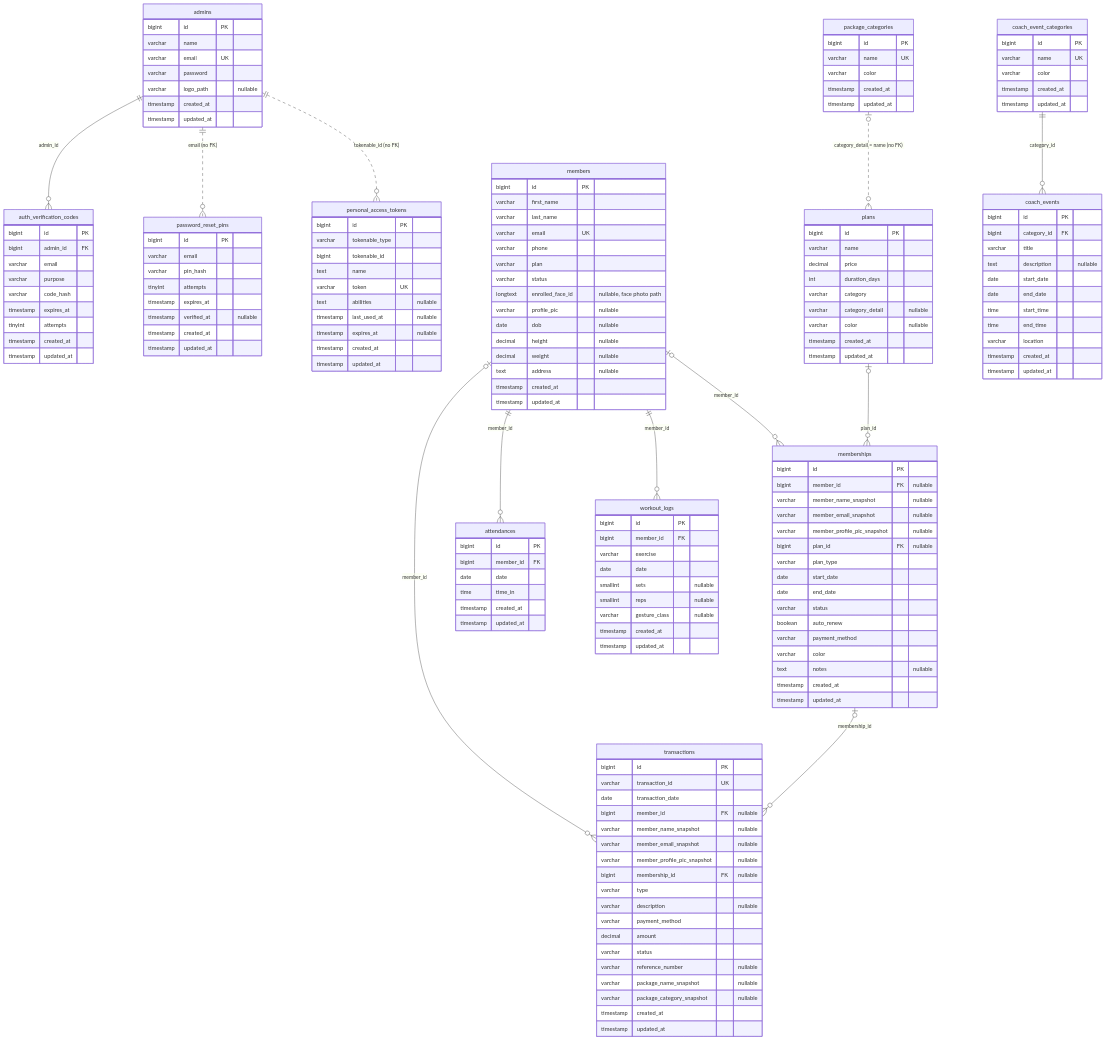
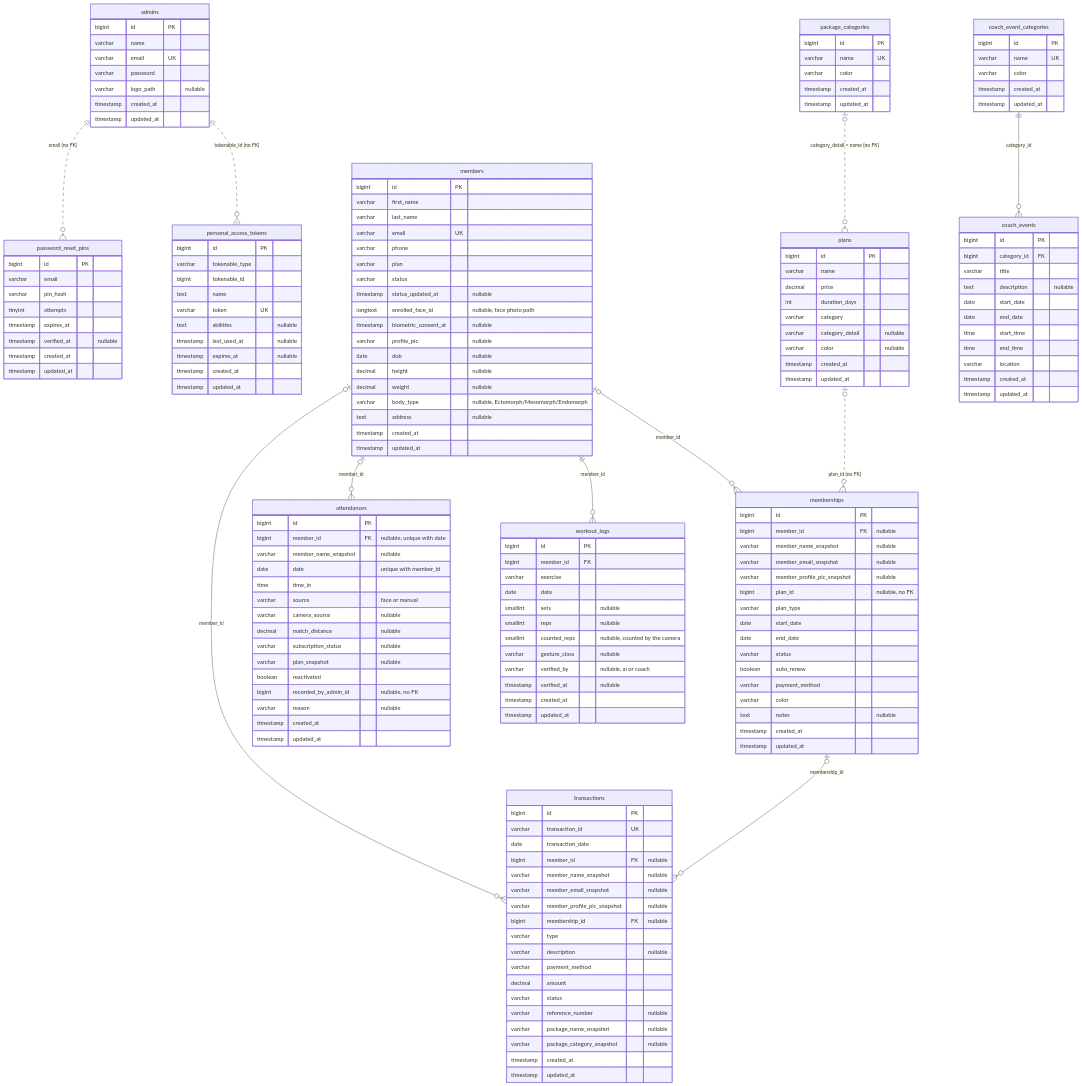
One commit to Plonteras191/GYM2-CAPSTONE changed the third of 6 diagrams in DOCUMENTATION/Product Requirements Documents/Architecture/Architecture.md. Above: the diagram before and after it, drawn with Mermaid. The commit also changed other lines of this file and 3 other files, not shown here.

First line of the commit message:
docs(prd): update architecture, database, system diagrams and user technical documentation to v2.0

````diff
--- a/DOCUMENTATION/Product Requirements Documents/Architecture/Architecture.md
+++ b/DOCUMENTATION/Product Requirements Documents/Architecture/Architecture.md
@@ -183,17 +188,6 @@
         varchar email UK
         varchar password
         varchar logo_path "nullable"
-        timestamp created_at
-        timestamp updated_at
-    }
-    auth_verification_codes {
-        bigint id PK
-        bigint admin_id FK
-        varchar email
-        varchar purpose
-        varchar code_hash
-        timestamp expires_at
-        tinyint attempts
         timestamp created_at
         timestamp updated_at
     }
@@ -227,11 +221,14 @@
         varchar phone
         varchar plan
         varchar status
+        timestamp status_updated_at "nullable"
         longtext enrolled_face_id "nullable, face photo path"
+        timestamp biometric_consent_at "nullable"
         varchar profile_pic "nullable"
         date dob "nullable"
         decimal height "nullable"
         decimal weight "nullable"
+        varchar body_type "nullable, Ectomorph/Mesomorph/Endomorph"
         text address "nullable"
         timestamp created_at
         timestamp updated_at
@@ -260,7 +257,7 @@
         varchar member_name_snapshot "nullable"
         varchar member_email_snapshot "nullable"
         varchar member_profile_pic_snapshot "nullable"
-        bigint plan_id FK "nullable"
+        bigint plan_id "nullable, no FK"
         varchar plan_type
         date start_date
         date end_date
@@ -294,9 +291,18 @@
     }
     attendances {
         bigint id PK
-        bigint member_id FK
-        date date
+        bigint member_id FK "nullable, unique with date"
+        varchar member_name_snapshot "nullable"
+        date date "unique with member_id"
         time time_in
+        varchar source "face or manual"
+        varchar camera_source "nullable"
+        decimal match_distance "nullable"
+        varchar subscription_status "nullable"
+        varchar plan_snapshot "nullable"
+        boolean reactivated
+        bigint recorded_by_admin_id "nullable, no FK"
+        varchar reason "nullable"
         timestamp created_at
         timestamp updated_at
     }
@@ -307,7 +313,10 @@
         date date
         smallint sets "nullable"
         smallint reps "nullable"
+        smallint counted_reps "nullable, counted by the camera"
         varchar gesture_class "nullable"
+        varchar verified_by "nullable, ai or coach"
+        timestamp verified_at "nullable"
         timestamp created_at
         timestamp updated_at
     }
@@ -332,15 +341,14 @@
         timestamp updated_at
     }
 
-    admins ||--o{ auth_verification_codes : "admin_id"
     admins ||..o{ personal_access_tokens : "tokenable_id (no FK)"
     admins ||..o{ password_reset_pins : "email (no FK)"
     members |o--o{ memberships : "member_id"
-    plans |o--o{ memberships : "plan_id"
+    plans |o..o{ memberships : "plan_id (no FK)"
     package_categories |o..o{ plans : "category_detail = name (no FK)"
     members |o--o{ transactions : "member_id"
     memberships |o--o{ transactions : "membership_id"
-    members ||--o{ attendances : "member_id"
+    members |o--o{ attendances : "member_id"
     members ||--o{ workout_logs : "member_id"
     coach_event_categories ||--o{ coach_events : "category_id"
 ```
````
